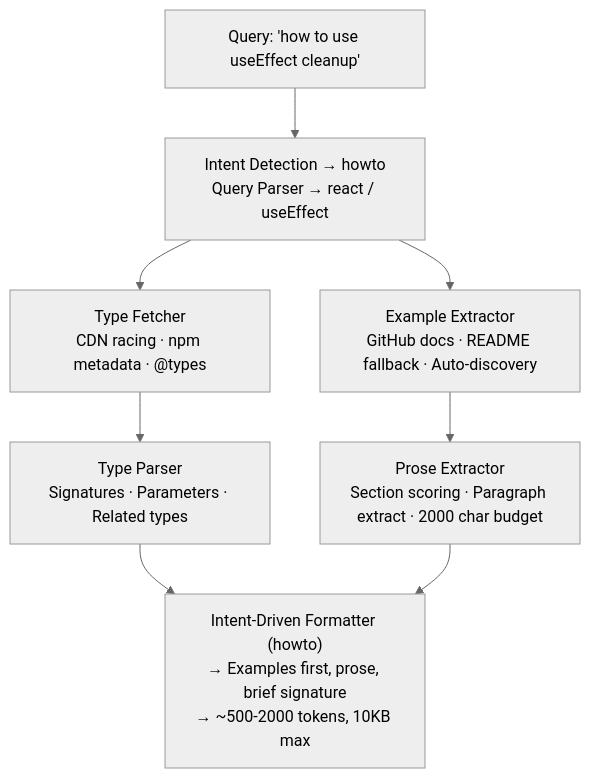
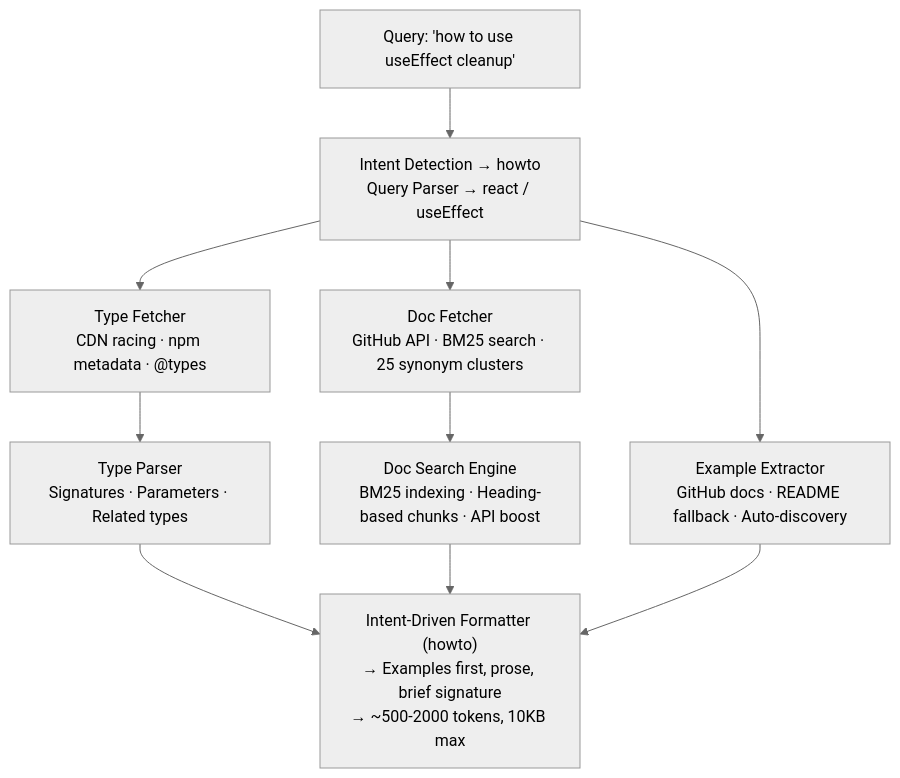
Before and after one commit to augmnt/augments-mcp-server: the diagram in README.md, drawn with Mermaid (neutral theme). The commit also changed other lines of this file and 33 other files, not shown here.

First line of the commit message:
feat!: v7.0.0 — documentation-first search, 4 new tools, BM25 indexing, production reliability

````diff
--- a/README.md
+++ b/README.md
@@ -92,15 +112,17 @@
 ```mermaid
 flowchart TD
     A["Query: 'how to use useEffect cleanup'"] --> B
 
     B["Intent Detection → howto<br/>Query Parser → react / useEffect"]
 
     B --> C["Type Fetcher<br/>CDN racing · npm metadata · @types"]
-    B --> D["Example Extractor<br/>GitHub docs · README fallback · Auto-discovery"]
+    B --> D["Doc Fetcher<br/>GitHub API · BM25 search · 25 synonym clusters"]
+    B --> E["Example Extractor<br/>GitHub docs · README fallback · Auto-discovery"]
 
-    C --> E["Type Parser<br/>Signatures · Parameters · Related types"]
-    D --> F["Prose Extractor<br/>Section scoring · Paragraph extract · 2000 char budget"]
+    C --> F["Type Parser<br/>Signatures · Parameters · Related types"]
+    D --> G["Doc Search Engine<br/>BM25 indexing · Heading-based chunks · API boost"]
 
-    E --> G["Intent-Driven Formatter (howto)<br/>→ Examples first, prose, brief signature<br/>→ ~500-2000 tokens, 10KB max"]
-    F --> G
+    F --> H["Intent-Driven Formatter (howto)<br/>→ Examples first, prose, brief signature<br/>→ ~500-2000 tokens, 10KB max"]
+    G --> H
+    E --> H
 ```
````
